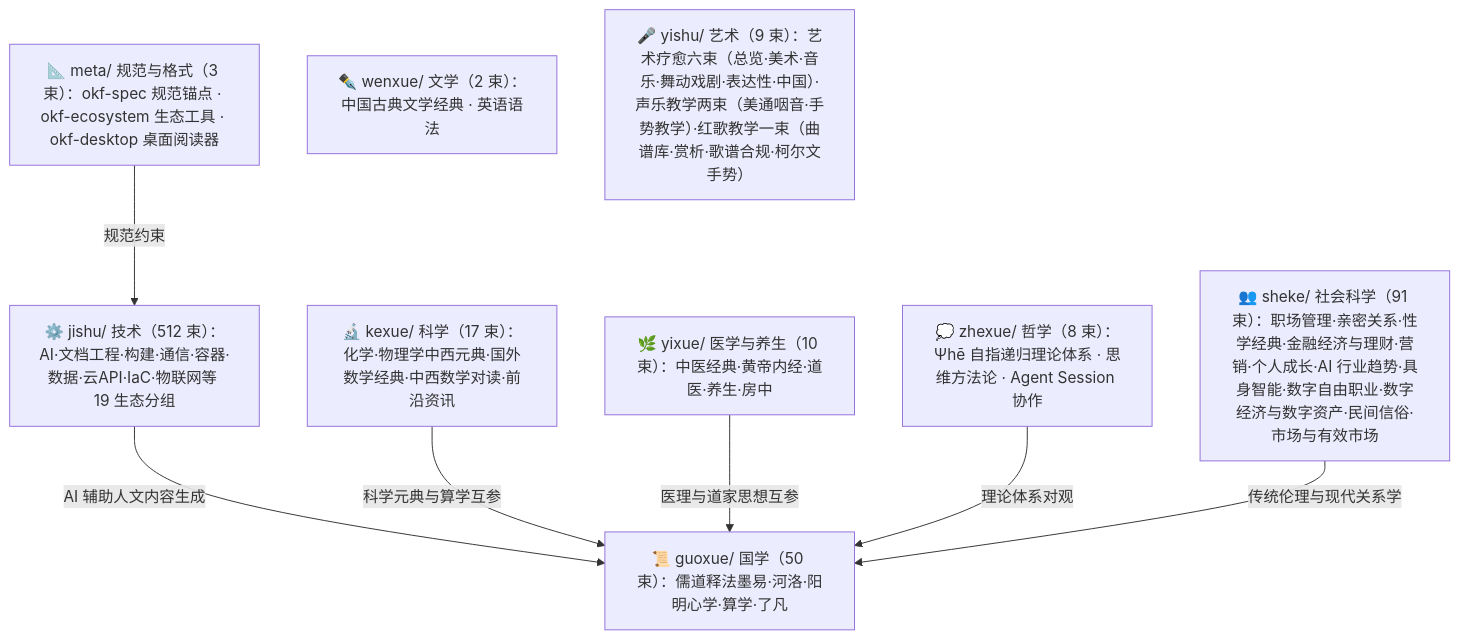
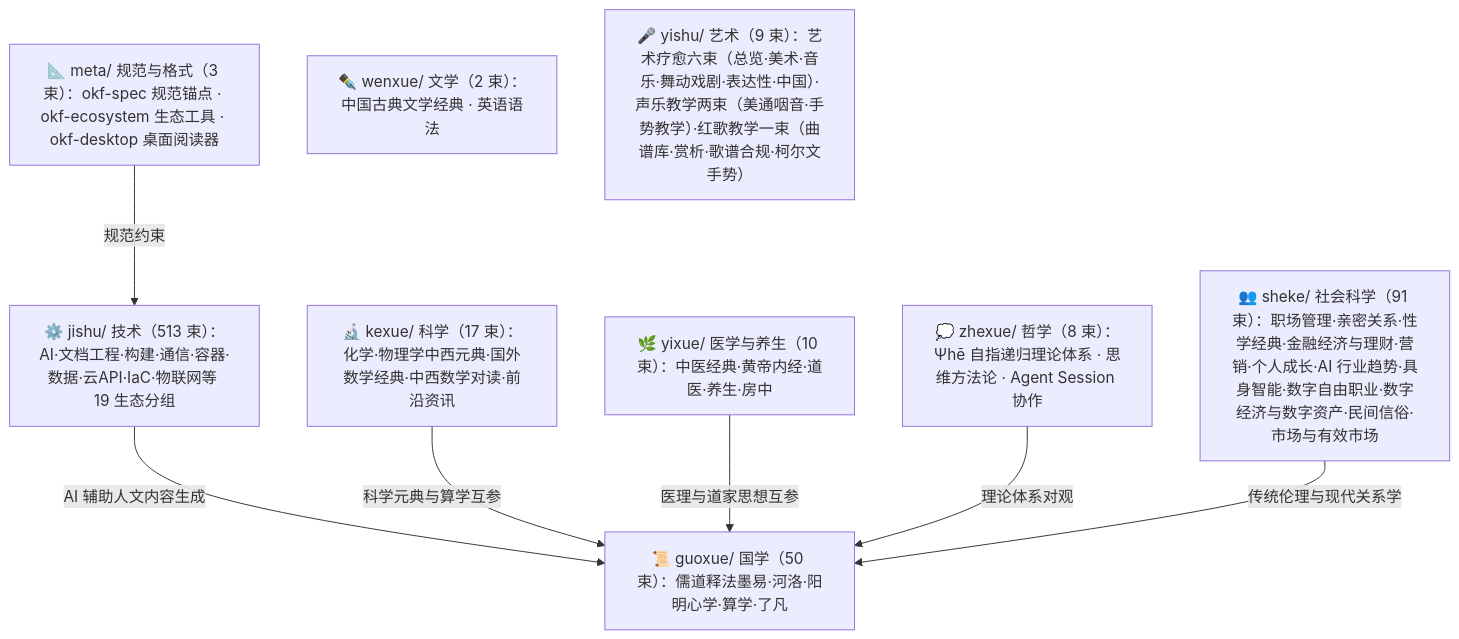
The diagram in doc/bundles/index.md (awesome-flexloop/awesome-okf), drawn with Mermaid before and after one commit. The commit also changed other lines of this file and 18 other files, not shown here.

First line of the commit message:
docs(okf-bundle): 新增 Windows 11 移动热点知识包（公众号图文经 OKF v0.2 七阶段转化）

````diff
--- a/doc/bundles/index.md
+++ b/doc/bundles/index.md
@@ -21,18 +21,18 @@
 ```mermaid
 flowchart TD
     meta["📐 meta/ 规范与格式（3 束）：okf-spec 规范锚点 · okf-ecosystem 生态工具 · okf-desktop 桌面阅读器"]
     guoxue["📜 guoxue/ 国学（50 束）：儒道释法墨易·河洛·阳明心学·算学·了凡"]
     zhexue["💭 zhexue/ 哲学（8 束）：Ψhē 自指递归理论体系 · 思维方法论 · Agent Session 协作"]
     kexue["🔬 kexue/ 科学（17 束）：化学·物理学中西元典·国外数学经典·中西数学对读·前沿资讯"]
     wenxue["✒️ wenxue/ 文学（2 束）：中国古典文学经典 · 英语语法"]
     yixue["🌿 yixue/ 医学与养生（10 束）：中医经典·黄帝内经·道医·养生·房中"]
     sheke["👥 sheke/ 社会科学（91 束）：职场管理·亲密关系·性学经典·金融经济与理财·营销·个人成长·AI 行业趋势·具身智能·数字自由职业·数字经济与数字资产·民间信俗·市场与有效市场"]
     yishu["🎤 yishu/ 艺术（9 束）：艺术疗愈六束（总览·美术·音乐·舞动戏剧·表达性·中国）·声乐教学两束（美通咽音·手势教学）·红歌教学一束（曲谱库·赏析·歌谱合规·柯尔文手势）"]
-    jishu["⚙️ jishu/ 技术（512 束）：AI·文档工程·构建·通信·容器·数据·云API·IaC·物联网等 19 生态分组"]
+    jishu["⚙️ jishu/ 技术（513 束）：AI·文档工程·构建·通信·容器·数据·云API·IaC·物联网等 19 生态分组"]
     meta -->|"规范约束"| jishu
     jishu -->|"AI 辅助人文内容生成"| guoxue
     kexue -->|"科学元典与算学互参"| guoxue
     yixue -->|"医理与道家思想互参"| guoxue
     zhexue -->|"理论体系对观"| guoxue
     sheke -->|"传统伦理与现代关系学"| guoxue
 ```
````
